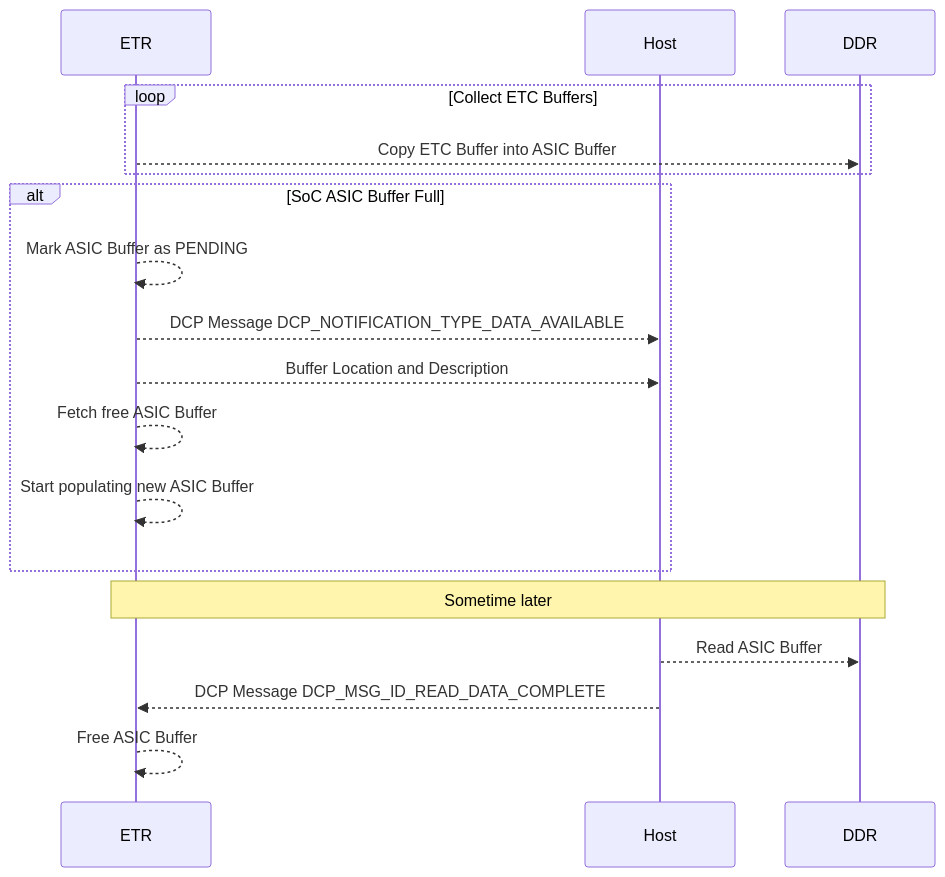
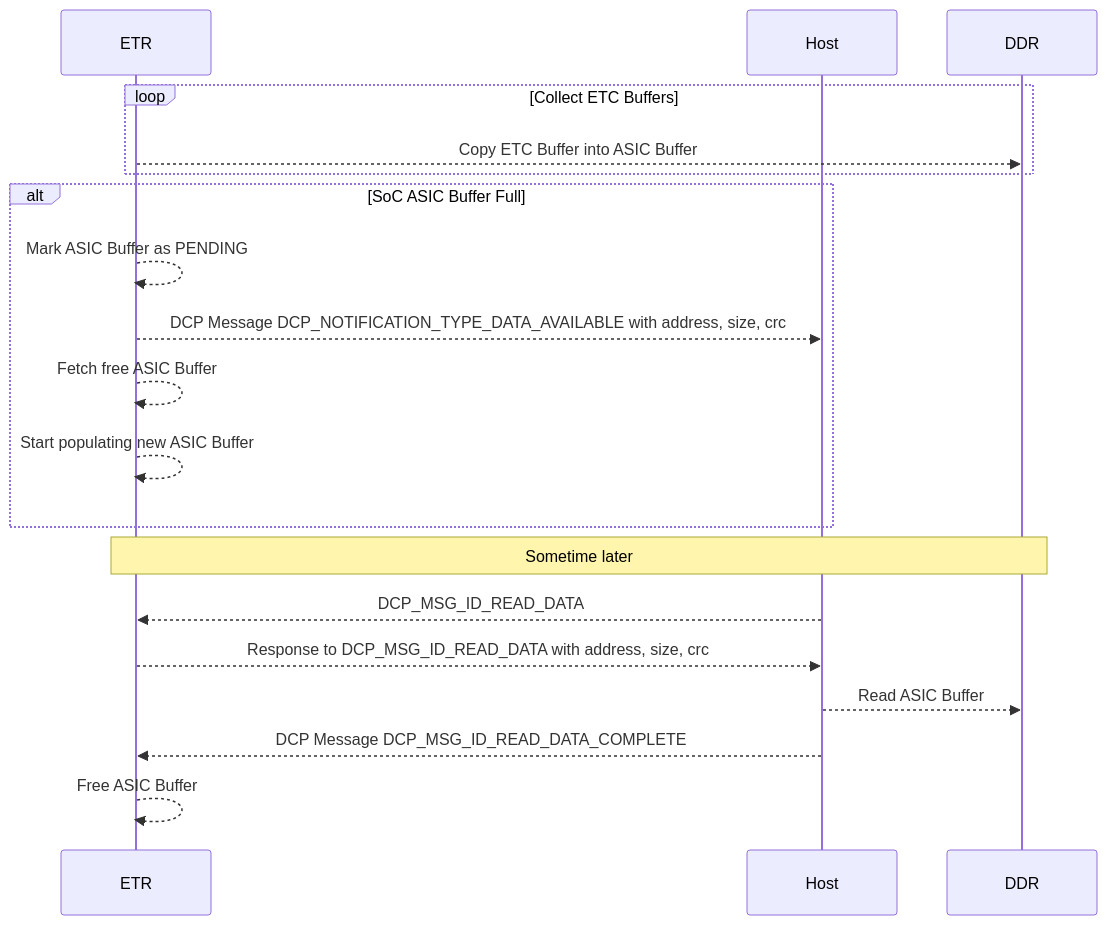
Before and after one commit to jivahire-com/cpp-thread-safe-cache: the fifth of 9 diagrams in docs/development/FirmwareDesign/EventTraceTelemetry.md, drawn with Mermaid. The commit also changed other lines of this file and 11 other files, not shown here.

```diff
--- a/docs/development/FirmwareDesign/EventTraceTelemetry.md
+++ b/docs/development/FirmwareDesign/EventTraceTelemetry.md
@@ -213,23 +211,24 @@
 :::mermaid
 sequenceDiagram
     participant ETR
     participant Host
     participant DDR
 
     loop Collect ETC Buffers
         ETR -->> DDR: Copy ETC Buffer into ASIC Buffer
     end
     
     alt SoC ASIC Buffer Full
         ETR -->> ETR: Mark ASIC Buffer as PENDING
-        ETR -->> Host: DCP Message DCP_NOTIFICATION_TYPE_DATA_AVAILABLE
-        ETR -->> Host: Buffer Location and Description
+        ETR -->> Host: DCP Message DCP_NOTIFICATION_TYPE_DATA_AVAILABLE with address, size, crc
         ETR -->> ETR: Fetch free ASIC Buffer
         ETR -->> ETR: Start populating new ASIC Buffer
     end
         
     note over ETR, DDR: Sometime later
+    Host -->> ETR: DCP_MSG_ID_READ_DATA
+    ETR -->> Host: Response to DCP_MSG_ID_READ_DATA with address, size, crc
     Host -->> DDR: Read ASIC Buffer
     Host -->> ETR: DCP Message DCP_MSG_ID_READ_DATA_COMPLETE
     ETR -->> ETR: Free ASIC Buffer
 :::
```
